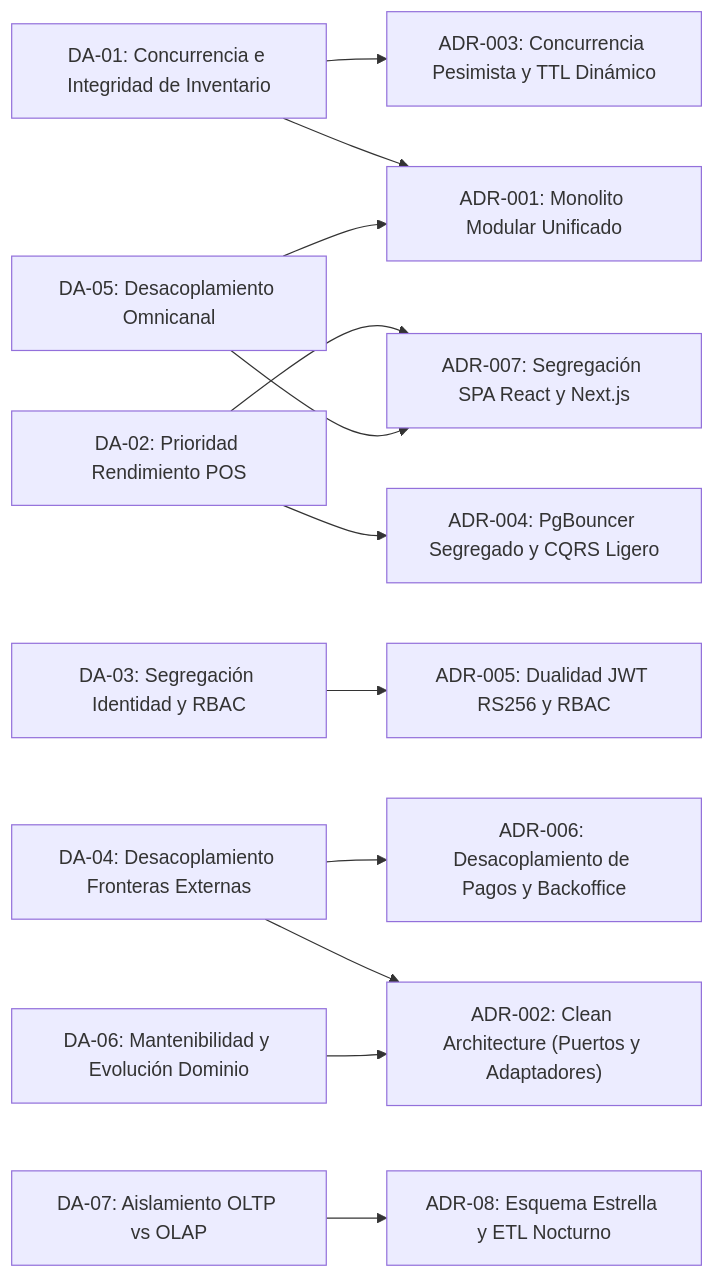
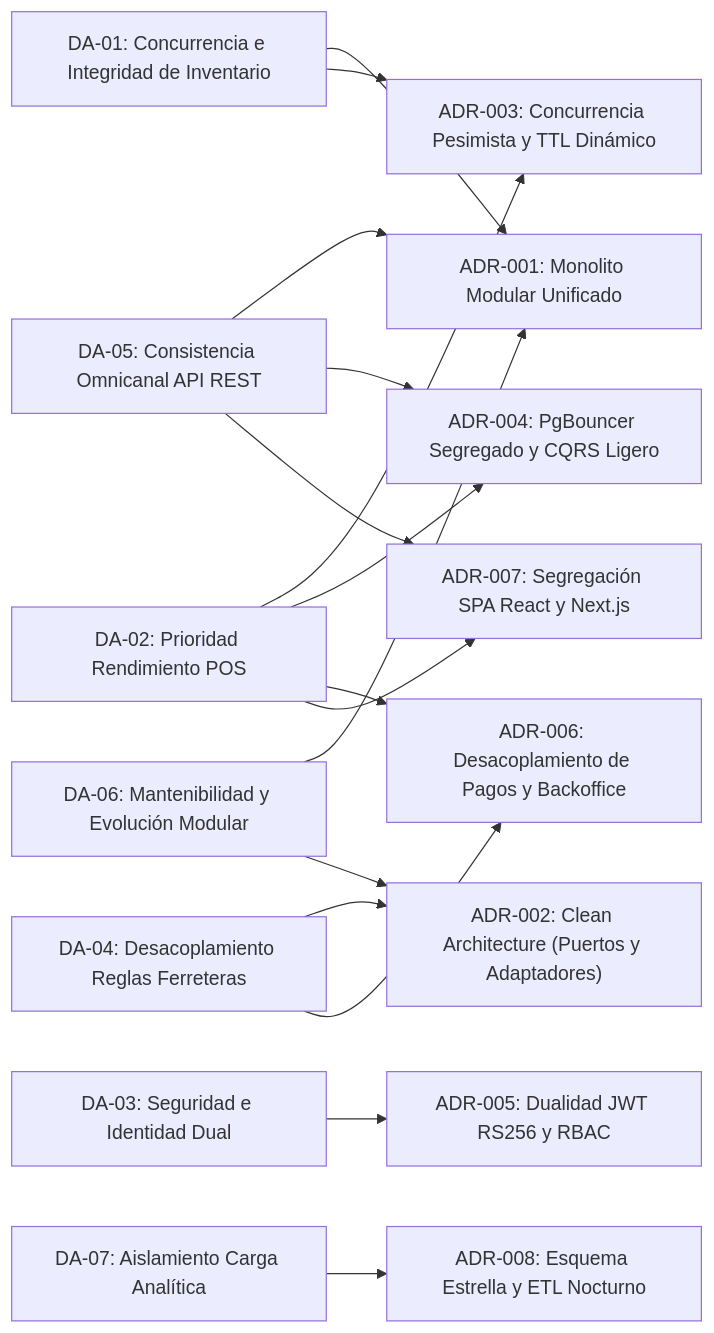
Before and after one commit to Crhisxp/SIGIC-arquitSoft-proyecto-final: the diagram in analisis-de-sistema/06-driver-arquitectonicos.md, drawn with Mermaid. The commit also changed other lines of this file, not shown here.

````diff
--- a/analisis-de-sistema/06-driver-arquitectonicos.md
+++ b/analisis-de-sistema/06-driver-arquitectonicos.md
@@ -66,20 +66,24 @@
 ```mermaid
 flowchart LR
     DA01["DA-01: Concurrencia e Integridad de Inventario"] --> ADR01["ADR-001: Monolito Modular Unificado"]
     DA01 --> ADR03["ADR-003: Concurrencia Pesimista y TTL Dinámico"]
     
-    DA02["DA-02: Prioridad Rendimiento POS"] --> ADR04["ADR-004: PgBouncer Segregado y CQRS Ligero"]
+    DA02["DA-02: Prioridad Rendimiento POS"] --> ADR03
+    DA02 --> ADR04["ADR-004: PgBouncer Segregado y CQRS Ligero"]
+    DA02 --> ADR06["ADR-006: Desacoplamiento de Pagos y Backoffice"]
     DA02 --> ADR07["ADR-007: Segregación SPA React y Next.js"]
     
-    DA03["DA-03: Segregación Identidad y RBAC"] --> ADR05["ADR-005: Dualidad JWT RS256 y RBAC"]
+    DA03["DA-03: Seguridad e Identidad Dual"] --> ADR05["ADR-005: Dualidad JWT RS256 y RBAC"]
     
-    DA04["DA-04: Desacoplamiento Fronteras Externas"] --> ADR02["ADR-002: Clean Architecture (Puertos y Adaptadores)"]
-    DA04 --> ADR06["ADR-006: Desacoplamiento de Pagos y Backoffice"]
+    DA04["DA-04: Desacoplamiento Reglas Ferreteras"] --> ADR02["ADR-002: Clean Architecture (Puertos y Adaptadores)"]
+    DA04 --> ADR06
     
-    DA05["DA-05: Desacoplamiento Omnicanal"] --> ADR01
+    DA05["DA-05: Consistencia Omnicanal API REST"] --> ADR01
+    DA05 --> ADR04
     DA05 --> ADR07
     
-    DA06["DA-06: Mantenibilidad y Evolución Dominio"] --> ADR02
+    DA06["DA-06: Mantenibilidad y Evolución Modular"] --> ADR01
+    DA06 --> ADR02
     
-    DA07["DA-07: Aislamiento OLTP vs OLAP"] --> ADR08["ADR-08: Esquema Estrella y ETL Nocturno"]
+    DA07["DA-07: Aislamiento Carga Analítica"] --> ADR08["ADR-008: Esquema Estrella y ETL Nocturno"]
 ```
````
